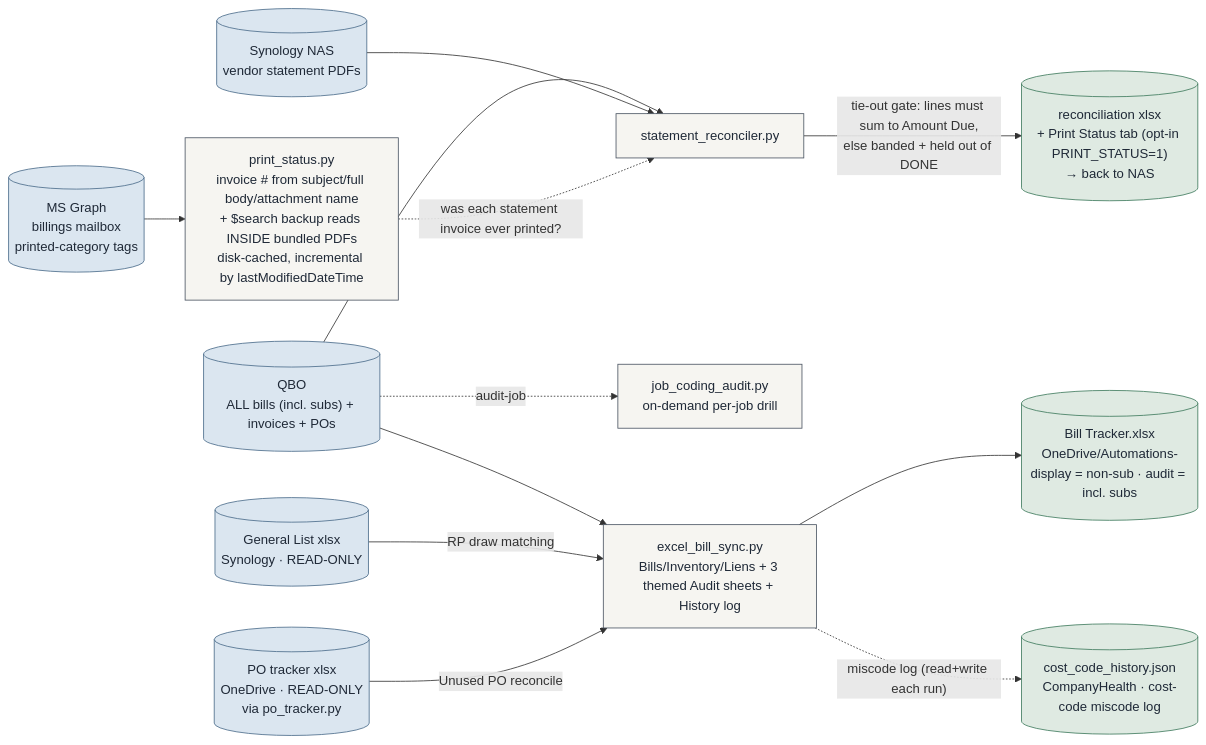
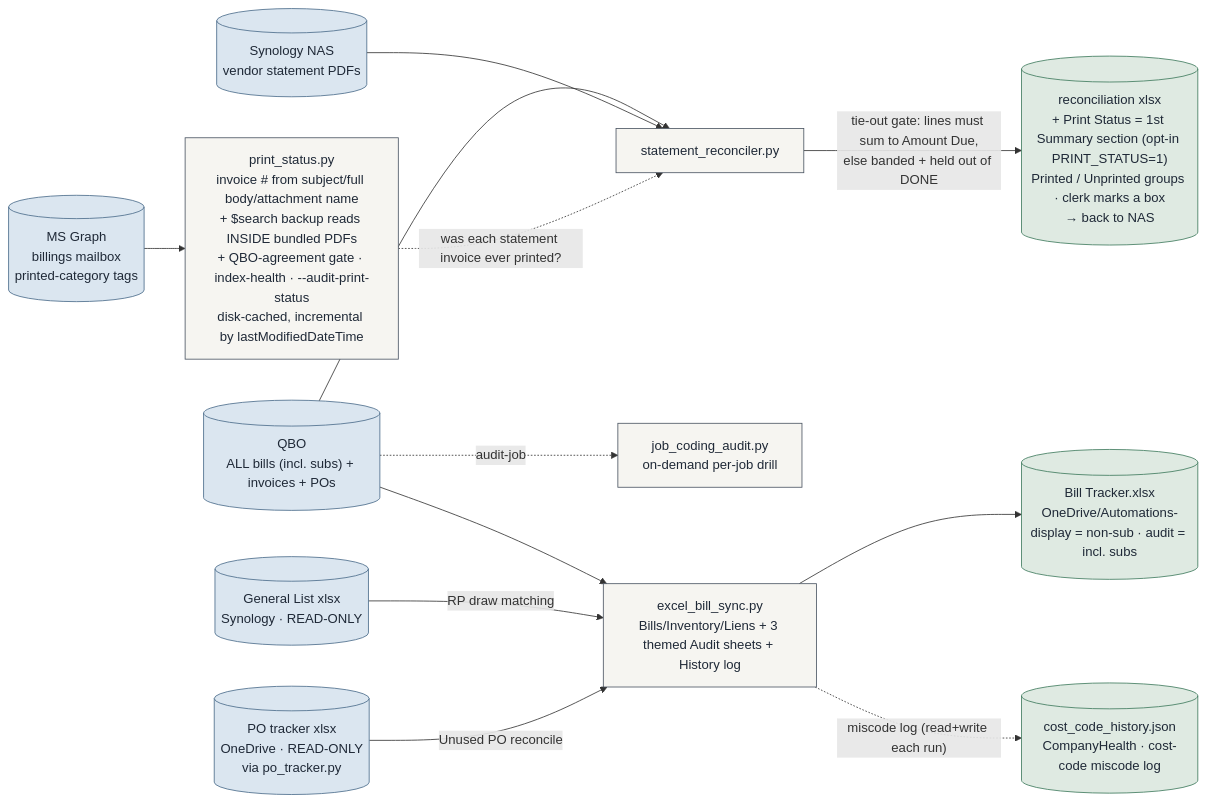
The second of 6 diagrams in docs/ARCHITECTURE.md (Ecarlo-Proficient/Claude-Report), drawn with Mermaid before and after one commit. The commit also changed 3 other files, not shown here.

````diff
--- a/docs/ARCHITECTURE.md
+++ b/docs/ARCHITECTURE.md
@@ -221,28 +221,28 @@
 ```mermaid
 flowchart LR
     classDef src fill:#dbe6f0,stroke:#4A6B8A,color:#1f2937
     classDef tool fill:#f6f5f1,stroke:#4b5563,color:#1f2937
     classDef out fill:#dfeae2,stroke:#3E7A5C,color:#1f2937
 
     QBO[("QBO\nALL bills (incl. subs) + invoices + POs")]:::src
     NAS[("Synology NAS\nvendor statement PDFs")]:::src
     GL[("General List xlsx\nSynology · READ-ONLY")]:::src
     POT[("PO tracker xlsx\nOneDrive · READ-ONLY\nvia po_tracker.py")]:::src
     MBX[("MS Graph\nbillings mailbox\nprinted-category tags")]:::src
     BT["excel_bill_sync.py\nBills/Inventory/Liens + 3 themed Audit sheets + History log"]:::tool
     JCA["job_coding_audit.py\non-demand per-job drill"]:::tool
     SR["statement_reconciler.py"]:::tool
-    PS["print_status.py\ninvoice # from subject/full body/attachment name\n+ $search backup reads INSIDE bundled PDFs\ndisk-cached, incremental by lastModifiedDateTime"]:::tool
+    PS["print_status.py\ninvoice # from subject/full body/attachment name\n+ $search backup reads INSIDE bundled PDFs\n+ QBO-agreement gate · index-health · --audit-print-status\ndisk-cached, incremental by lastModifiedDateTime"]:::tool
     BX[("Bill Tracker.xlsx\nOneDrive/Automations-\ndisplay = non-sub · audit = incl. subs")]:::out
     CCH[("cost_code_history.json\nCompanyHealth · cost-code miscode log")]:::out
-    RX[("reconciliation xlsx\n+ Print Status tab (opt-in PRINT_STATUS=1)\n→ back to NAS")]:::out
+    RX[("reconciliation xlsx\n+ Print Status = 1st Summary section (opt-in PRINT_STATUS=1)\nPrinted / Unprinted groups · clerk marks a box\n→ back to NAS")]:::out
 
     QBO --> BT --> BX
     BT -. "miscode log (read+write each run)" .-> CCH
     QBO -. "audit-job" .-> JCA
     GL -- "RP draw matching" --> BT
     POT -- "Unused PO reconcile" --> BT
     QBO --> SR
     NAS --> SR -- "tie-out gate: lines must sum to Amount Due,\nelse banded + held out of DONE" --> RX
     MBX --> PS -. "was each statement invoice ever printed?" .-> SR
 ```
````
